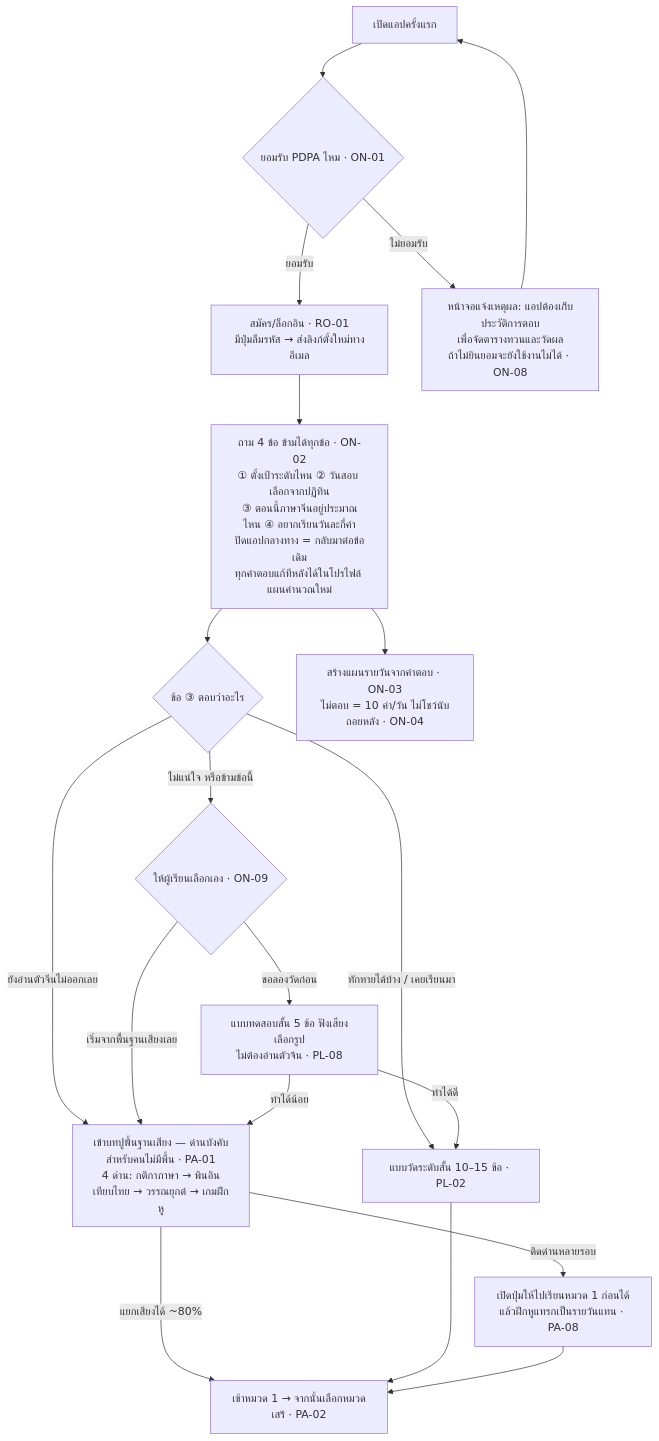
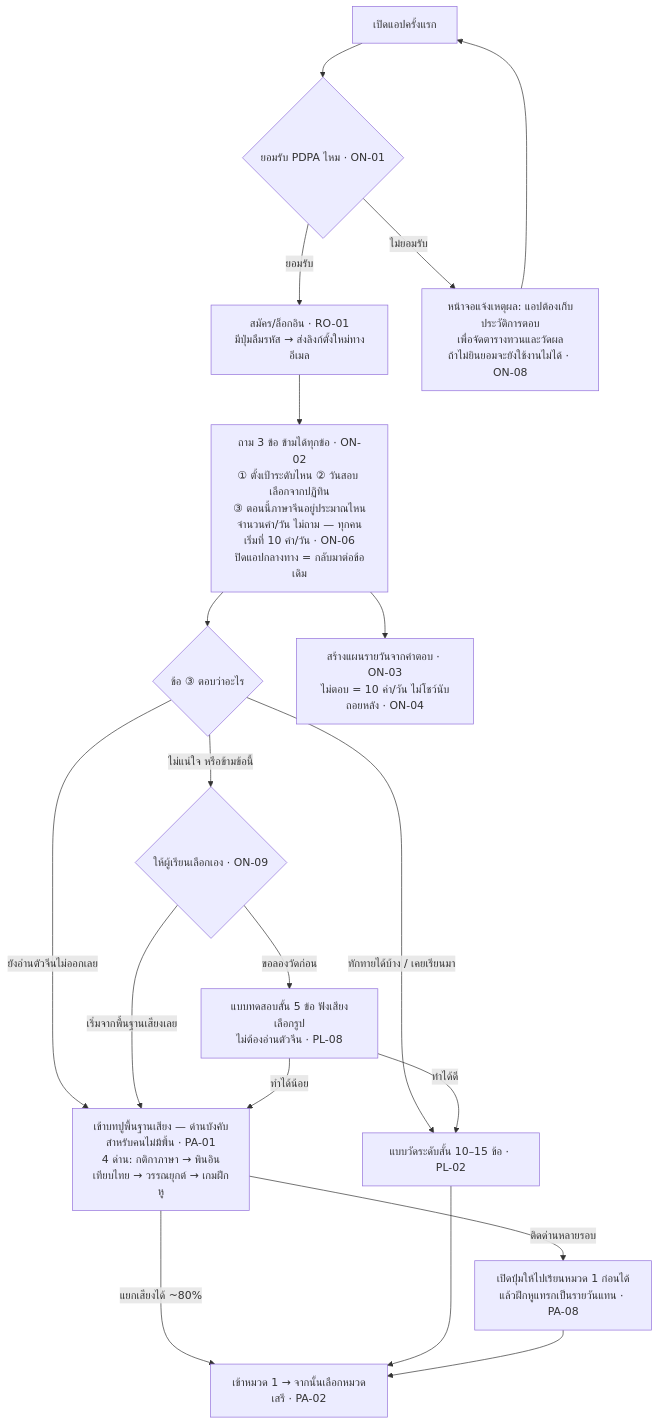
Before and after one commit to barbon441/Intelligent-Chinese-Tutoring-System-for-Thai-Learners: the first of 6 diagrams in docs/08_สเปค-พัฒนา/โฟลว์ผู้ใช้-สิทธิ์แอดมิน.md, drawn with Mermaid. The commit also changed other lines of this file and 3 other files, not shown here.

Commit message:
ON-06 v2 (Ball, Aug 14, per advisor): fixed 10 new words/day for everyone — replaces selectable 5/10/15/20; onboarding down to 3 questions (ON-02), flow 3.1 + roadmap m5-5/m1-8 synced; door left open for profile override later

````diff
--- a/docs/08_สเปค-พัฒนา/โฟลว์ผู้ใช้-สิทธิ์แอดมิน.md
+++ b/docs/08_สเปค-พัฒนา/โฟลว์ผู้ใช้-สิทธิ์แอดมิน.md
@@ -46,21 +46,21 @@
 ```mermaid
 flowchart TD
     A[เปิดแอปครั้งแรก] --> B{ยอมรับ PDPA ไหม · ON-01}
     B -- ยอมรับ --> C[สมัคร/ล็อกอิน · RO-01<br/>มีปุ่มลืมรหัส → ส่งลิงก์ตั้งใหม่ทางอีเมล]
     B -- ไม่ยอมรับ --> B2[หน้าจอแจ้งเหตุผล: แอปต้องเก็บประวัติการตอบ<br/>เพื่อจัดตารางทวนและวัดผล<br/>ถ้าไม่ยินยอมจะยังใช้งานไม่ได้ · ON-08]
     B2 --> A
-    C --> D[ถาม 4 ข้อ ข้ามได้ทุกข้อ · ON-02<br/>① ตั้งเป้าระดับไหน ② วันสอบ เลือกจากปฏิทิน<br/>③ ตอนนี้ภาษาจีนอยู่ประมาณไหน ④ อยากเรียนวันละกี่คำ<br/>ปิดแอปกลางทาง = กลับมาต่อข้อเดิม<br/>ทุกคำตอบแก้ทีหลังได้ในโปรไฟล์ แผนคำนวณใหม่]
+    C --> D[ถาม 3 ข้อ ข้ามได้ทุกข้อ · ON-02<br/>① ตั้งเป้าระดับไหน ② วันสอบ เลือกจากปฏิทิน<br/>③ ตอนนี้ภาษาจีนอยู่ประมาณไหน<br/>จำนวนคำ/วัน ไม่ถาม — ทุกคนเริ่มที่ 10 คำ/วัน · ON-06<br/>ปิดแอปกลางทาง = กลับมาต่อข้อเดิม]
     D --> E{ข้อ ③ ตอบว่าอะไร}
     E -- ยังอ่านตัวจีนไม่ออกเลย --> F[เข้าบทปูพื้นฐานเสียง — ด่านบังคับสำหรับคนไม่มีพื้น · PA-01<br/>4 ด่าน: กติกาภาษา → พินอินเทียบไทย → วรรณยุกต์ → เกมฝึกหู]
     E -- ทักทายได้บ้าง / เคยเรียนมา --> P[แบบวัดระดับสั้น 10–15 ข้อ · PL-02]
     E -- ไม่แน่ใจ หรือข้ามข้อนี้ --> N{ให้ผู้เรียนเลือกเอง · ON-09}
     N -- ขอลองวัดก่อน --> M[แบบทดสอบสั้น 5 ข้อ ฟังเสียงเลือกรูป<br/>ไม่ต้องอ่านตัวจีน · PL-08]
     N -- เริ่มจากพื้นฐานเสียงเลย --> F
     M -- ทำได้น้อย --> F
     M -- ทำได้ดี --> P
     F -- แยกเสียงได้ ~80% --> G[เข้าหมวด 1 → จากนั้นเลือกหมวดเสรี · PA-02]
     F -- ติดด่านหลายรอบ --> H[เปิดปุ่มให้ไปเรียนหมวด 1 ก่อนได้<br/>แล้วฝึกหูแทรกเป็นรายวันแทน · PA-08]
     P --> G
     H --> G
     D --> I[สร้างแผนรายวันจากคำตอบ · ON-03<br/>ไม่ตอบ = 10 คำ/วัน ไม่โชว์นับถอยหลัง · ON-04]
 ```
````
